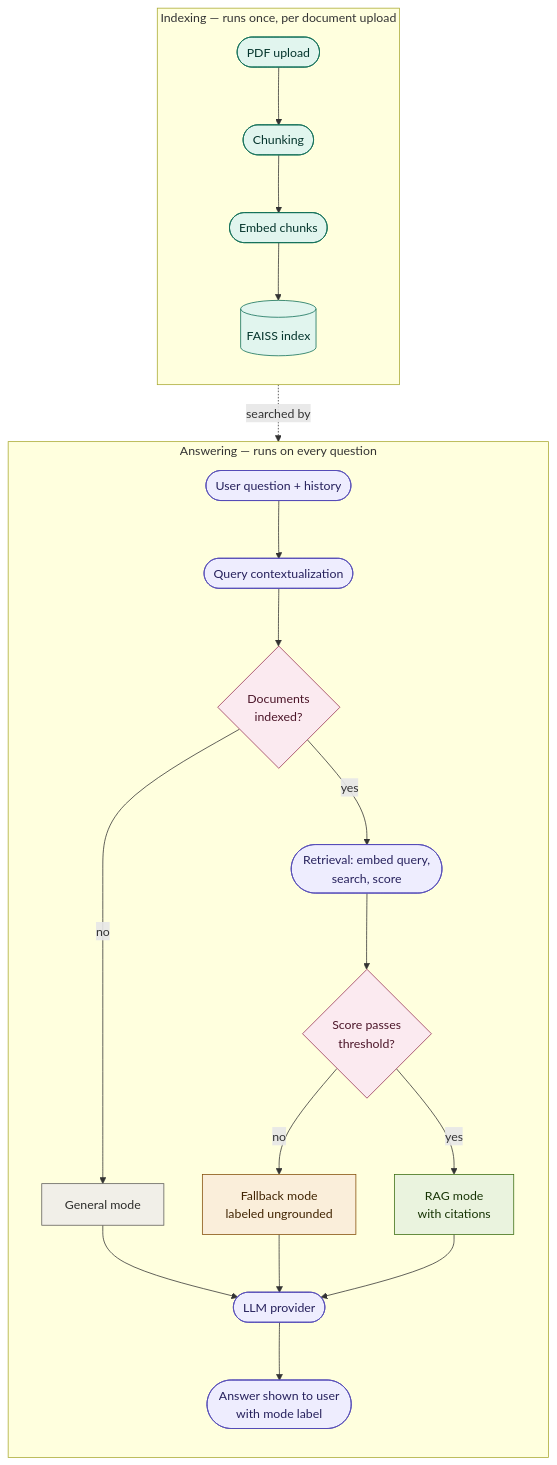
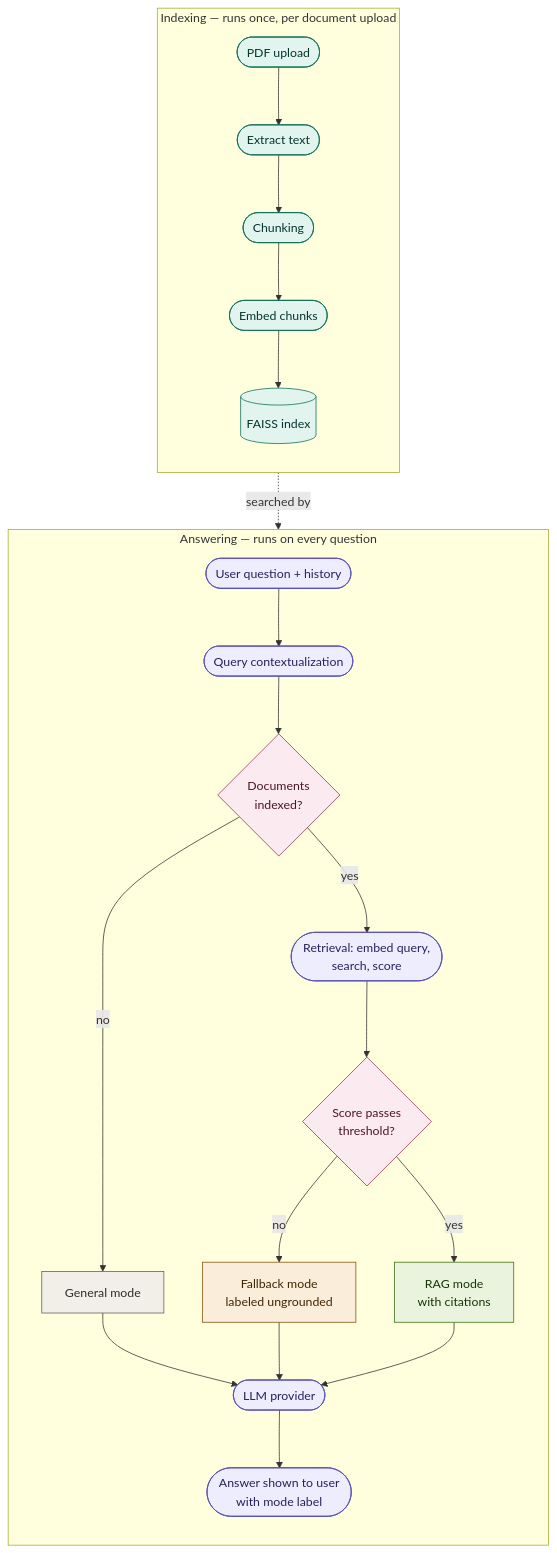
Before and after one commit to OT75/Raggy2: the diagram in README.md, drawn with Mermaid.

````diff
--- a/README.md
+++ b/README.md
@@ -40,51 +40,52 @@
 ```mermaid
 flowchart TB
     subgraph Indexing["Indexing — runs once, per document upload"]
         direction TB
         Upload(["PDF upload"])
+        Extract(["Extract text"])
         Chunk(["Chunking"])
         EmbedDocs(["Embed chunks"])
         FAISS[("FAISS index")]
-        Upload --> Chunk --> EmbedDocs --> FAISS
+        Upload --> Extract --> Chunk --> EmbedDocs --> FAISS
     end
 
     subgraph Answering["Answering — runs on every question"]
         direction TB
         Question(["User question + history"])
         Context(["Query contextualization"])
         HasDocs{"Documents<br/>indexed?"}
         Retrieval(["Retrieval: embed query,<br/>search, score"])
         PassesThreshold{"Score passes<br/>threshold?"}
         General["General mode"]
         Fallback["Fallback mode<br/>labeled ungrounded"]
         RAG["RAG mode<br/>with citations"]
         LLM(["LLM provider"])
         Answer(["Answer shown to user<br/>with mode label"])
 
         Question --> Context --> HasDocs
         HasDocs -->|no| General
         HasDocs -->|yes| Retrieval --> PassesThreshold
         PassesThreshold -->|no| Fallback
         PassesThreshold -->|yes| RAG
         General --> LLM
         Fallback --> LLM
         RAG --> LLM
         LLM --> Answer
     end
 
     FAISS -.->|searched by| Retrieval
 
     classDef idx fill:#E1F5EE,stroke:#0F6E56,color:#04342C
     classDef ans fill:#EEEDFE,stroke:#534AB7,color:#26215C
     classDef decision fill:#FBEAF0,stroke:#993556,color:#4B1528
     classDef general fill:#F1EFE8,stroke:#5F5E5A,color:#2C2C2A
     classDef fallback fill:#FAEEDA,stroke:#854F0B,color:#412402
     classDef rag fill:#EAF3DE,stroke:#3B6D11,color:#173404
 
-    class Upload,Chunk,EmbedDocs,FAISS idx
+    class Upload,Extract,Chunk,EmbedDocs,FAISS idx
     class Question,Context,Retrieval,LLM,Answer ans
     class HasDocs,PassesThreshold decision
     class General general
     class Fallback fallback
     class RAG rag
 ```
````
